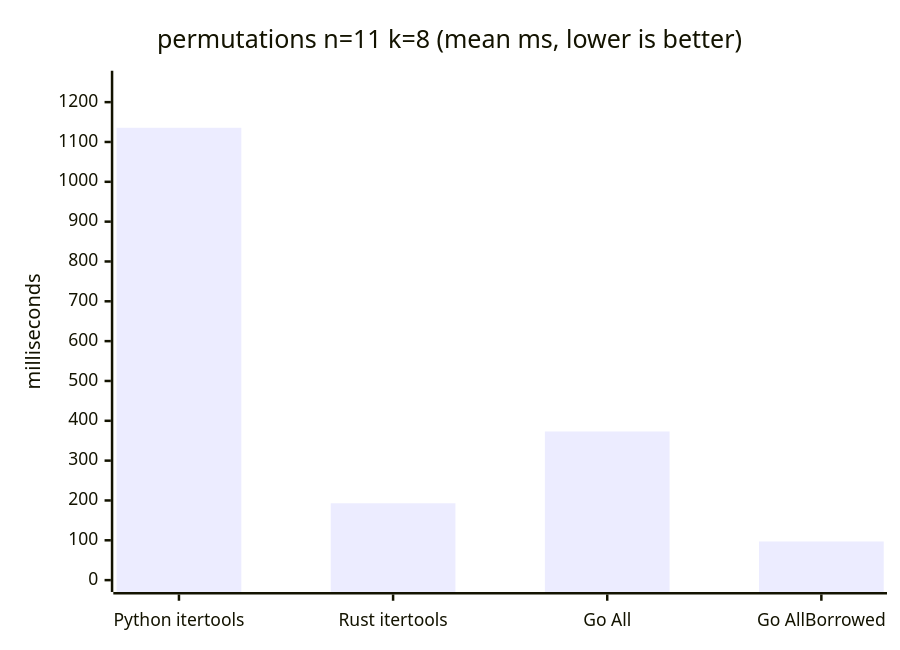
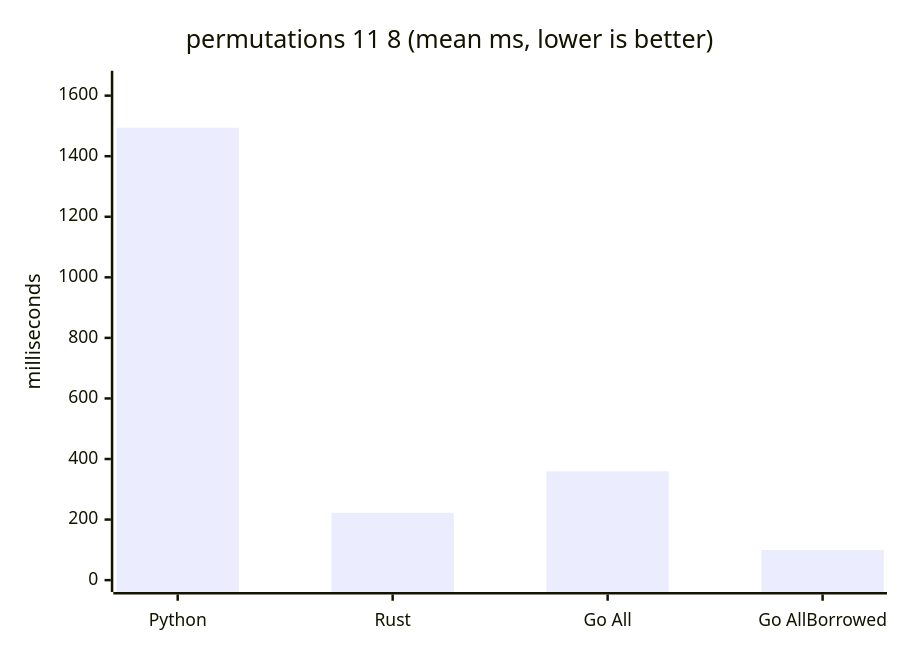
The third of 8 diagrams in bench/RESULTS.md (natemcintosh/gocombinatorics), drawn with Mermaid before and after one commit. The commit also changed other lines of this file and 4 other files, not shown here.

````diff
--- a/bench/RESULTS.md
+++ b/bench/RESULTS.md
@@ -83,7 +91,7 @@
 ```mermaid
 xychart-beta
-    title "permutations n=11 k=8 (mean ms, lower is better)"
-    x-axis ["Python itertools", "Rust itertools", "Go All", "Go AllBorrowed"]
-    y-axis "milliseconds" 0 --> 1249
-    bar [1135.7, 192.9, 373.2, 97.0]
+    title "permutations 11 8 (mean ms, lower is better)"
+    x-axis ["Python", "Rust", "Go All", "Go AllBorrowed"]
+    y-axis "milliseconds" 0 --> 1643
+    bar [1493.9, 221.6, 359.1, 99.3]
 ```
````
